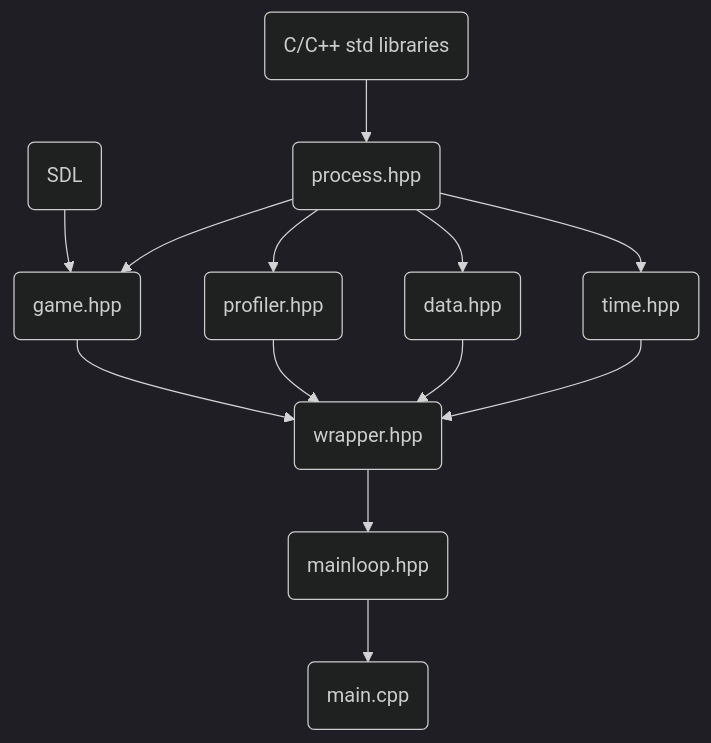
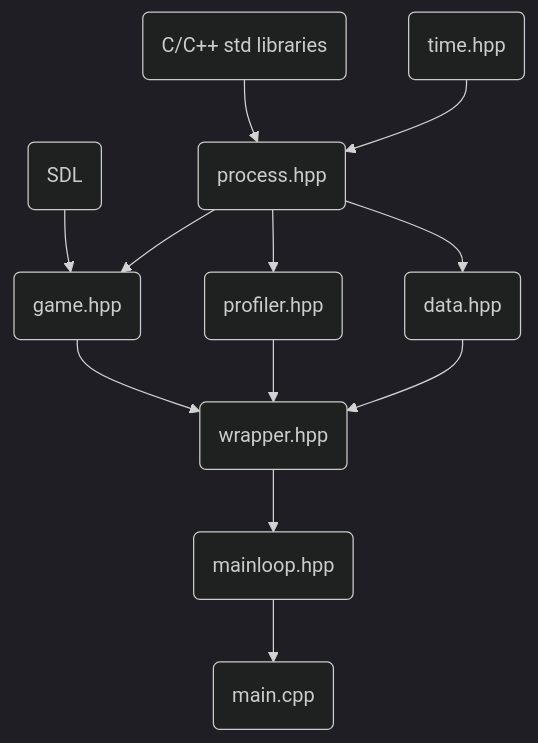
The diagram in README.md (sibjor/ParkourRunner), drawn with Mermaid (dark theme) before and after one commit. The commit also changed 5 other files, not shown here.

Commit message:
mermaid again

````diff
--- a/README.md
+++ b/README.md
@@ -11,12 +11,12 @@
 ```mermaid
 flowchart TD
     A(C/C++ std libraries) --> B(process.hpp)
     C(SDL) --> E
     B --> E(game.hpp) -->I(wrapper.hpp)
     B --> G(profiler.hpp) -->I
     B --> H(data.hpp) --> I
-    B --> J(time.hpp) --> I
+    J(time.hpp) --> B
     I --> K(mainloop.hpp)
     K --> L(main.cpp)
 
 ```
````
